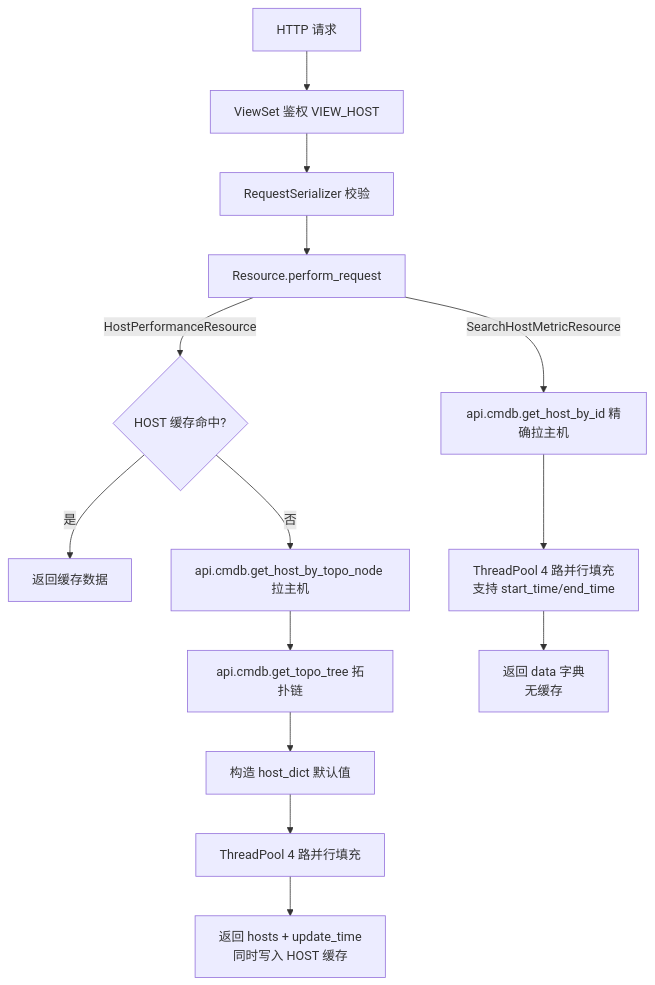
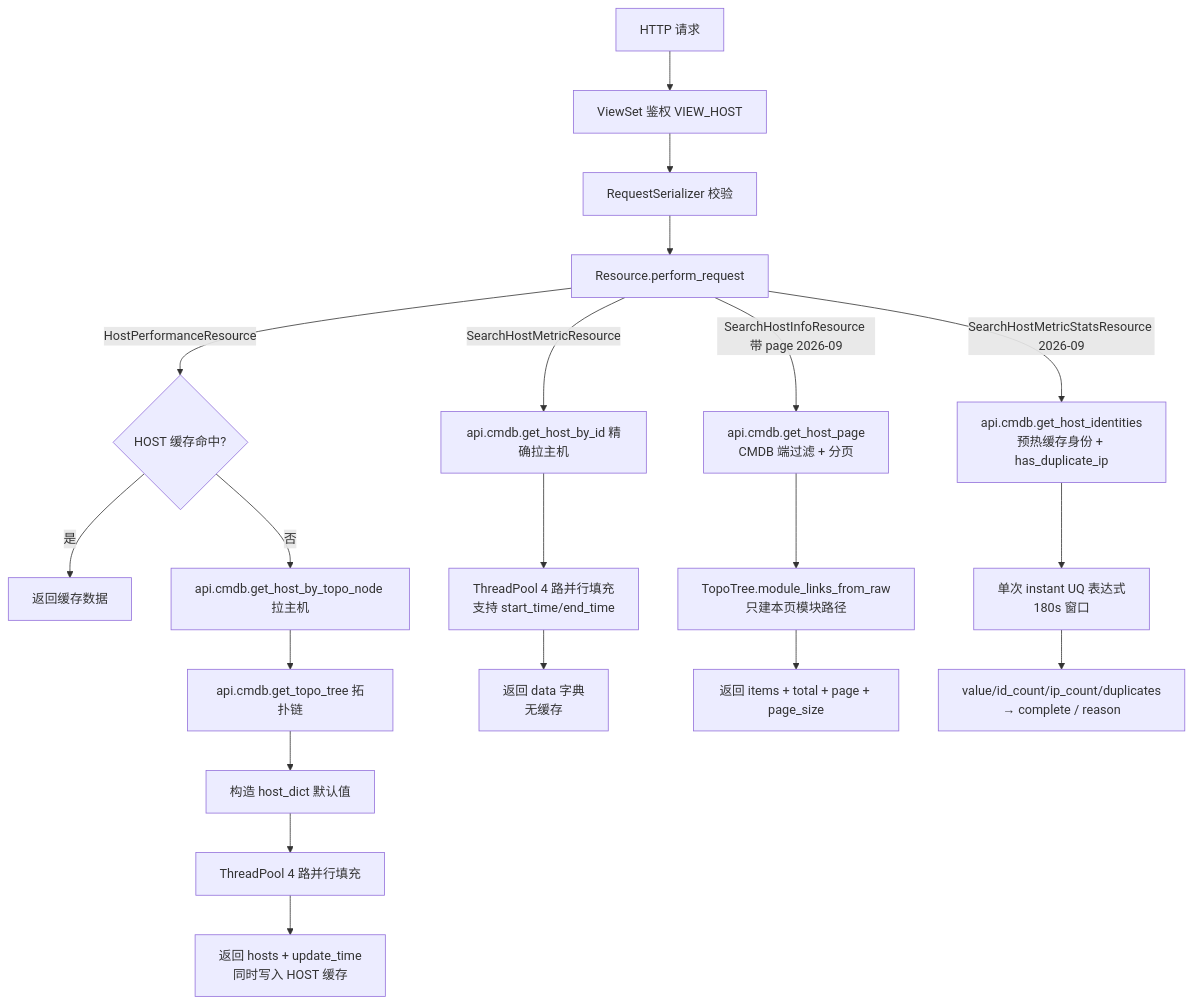
One commit to HACK-WU/bk-monitor-wiki changed the diagram in module-experts/性能场景专家/implementation/03-数据流转.md. Above: the diagram before and after it, drawn with Mermaid. The commit also changed other lines of this file and 56 other files, not shown here.

````diff
--- a/module-experts/性能场景专家/implementation/03-数据流转.md
+++ b/module-experts/性能场景专家/implementation/03-数据流转.md
@@ -20,16 +20,22 @@
 ```mermaid
 flowchart TD
   In[HTTP 请求] --> VS[ViewSet 鉴权 VIEW_HOST]
   VS --> RS[RequestSerializer 校验]
   RS --> PR[Resource.perform_request]
   PR -->|HostPerformanceResource| Cache{HOST 缓存命中?}
   Cache -->|是| Out1[返回缓存数据]
   Cache -->|否| CMDB1[api.cmdb.get_host_by_topo_node 拉主机]
   CMDB1 --> CMDB2[api.cmdb.get_topo_tree 拓扑链]
   CMDB2 --> HD[构造 host_dict 默认值]
   HD --> TP[ThreadPool 4 路并行填充]
   TP --> Out2[返回 hosts + update_time\n同时写入 HOST 缓存]
   PR -->|SearchHostMetricResource| CMDB3[api.cmdb.get_host_by_id 精确拉主机]
   CMDB3 --> TP2[ThreadPool 4 路并行填充\n支持 start_time/end_time]
   TP2 --> Out3[返回 data 字典\n无缓存]
+  PR -->|SearchHostInfoResource 带 page 2026-09| HP[api.cmdb.get_host_page\nCMDB 端过滤 + 分页]
+  HP --> HP2[TopoTree.module_links_from_raw\n只建本页模块路径]
+  HP2 --> Out4[返回 items + total + page + page_size]
+  PR -->|SearchHostMetricStatsResource 2026-09| HI[api.cmdb.get_host_identities\n预热缓存身份 + has_duplicate_ip]
+  HI --> ST[单次 instant UQ 表达式\n180s 窗口]
+  ST --> Out5[value/id_count/ip_count/duplicates\n→ complete / reason]
 ```
````
